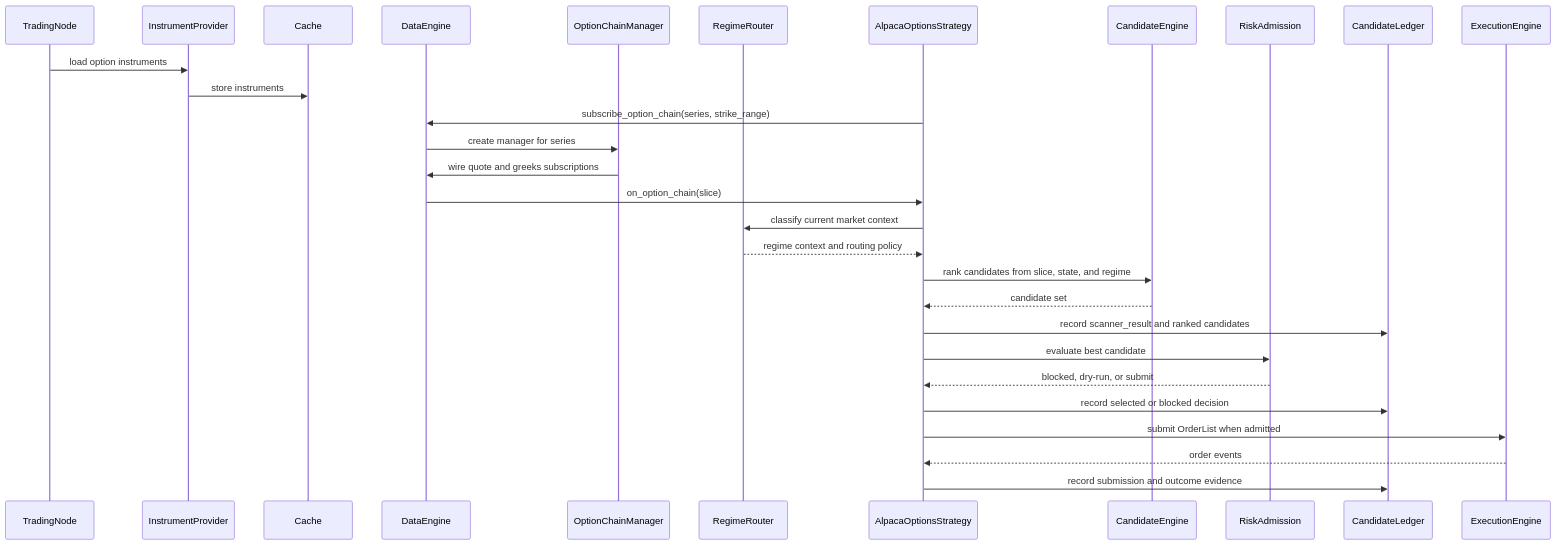
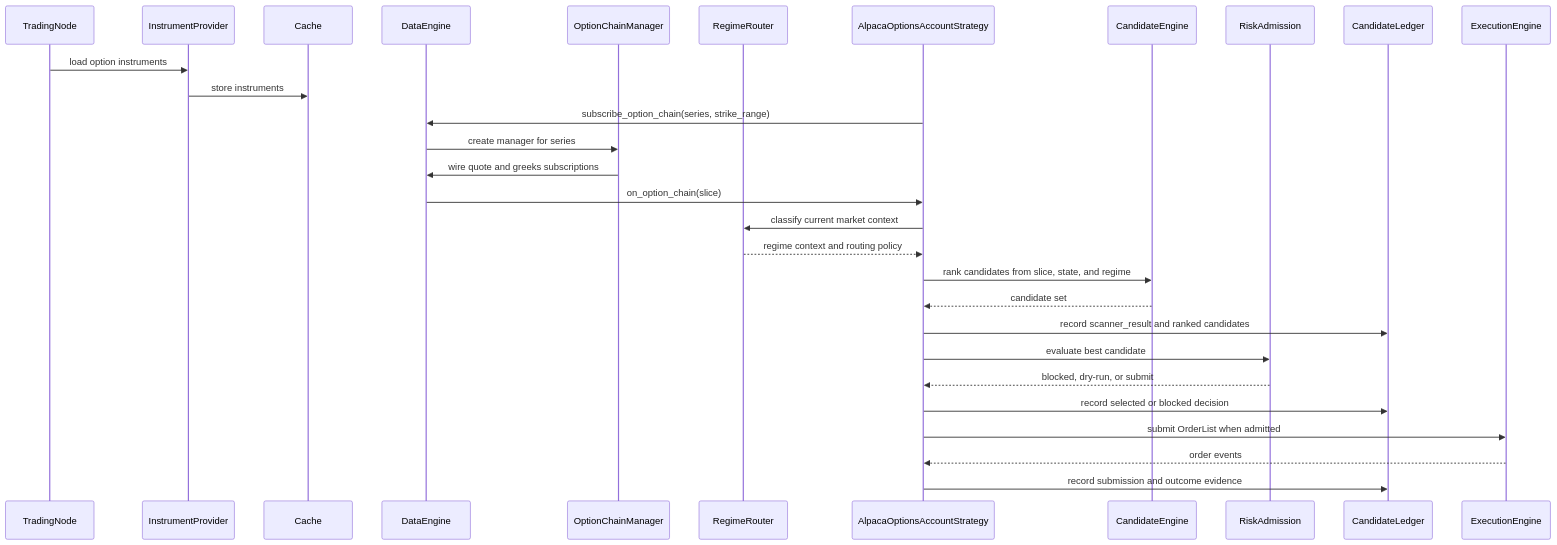
The second of 2 diagrams in docs/developer_guide/nautilus_native_candidate_scanning.md (afrojuju1/nautilus_trader), drawn with Mermaid before and after one commit. The commit also changed other lines of this file and 32 other files, not shown here.

First line of the commit message:
Rearchitect Alpaca options runtime

````diff
--- a/docs/developer_guide/nautilus_native_candidate_scanning.md
+++ b/docs/developer_guide/nautilus_native_candidate_scanning.md
@@ -127,32 +127,32 @@
 ```mermaid
 sequenceDiagram
     participant Node as TradingNode
     participant Provider as InstrumentProvider
     participant Cache as Cache
     participant Data as DataEngine
     participant Chain as OptionChainManager
     participant Regime as RegimeRouter
-    participant Strategy as AlpacaOptionsStrategy
+    participant Strategy as AlpacaOptionsAccountStrategy
     participant Candidate as CandidateEngine
     participant Risk as RiskAdmission
     participant Ledger as CandidateLedger
     participant Exec as ExecutionEngine
 
     Node->>Provider: load option instruments
     Provider->>Cache: store instruments
     Strategy->>Data: subscribe_option_chain(series, strike_range)
     Data->>Chain: create manager for series
     Chain->>Data: wire quote and greeks subscriptions
     Data->>Strategy: on_option_chain(slice)
     Strategy->>Regime: classify current market context
     Regime-->>Strategy: regime context and routing policy
     Strategy->>Candidate: rank candidates from slice, state, and regime
     Candidate-->>Strategy: candidate set
     Strategy->>Ledger: record scanner_result and ranked candidates
     Strategy->>Risk: evaluate best candidate
     Risk-->>Strategy: blocked, dry-run, or submit
     Strategy->>Ledger: record selected or blocked decision
     Strategy->>Exec: submit OrderList when admitted
     Exec-->>Strategy: order events
     Strategy->>Ledger: record submission and outcome evidence
 ```
````
